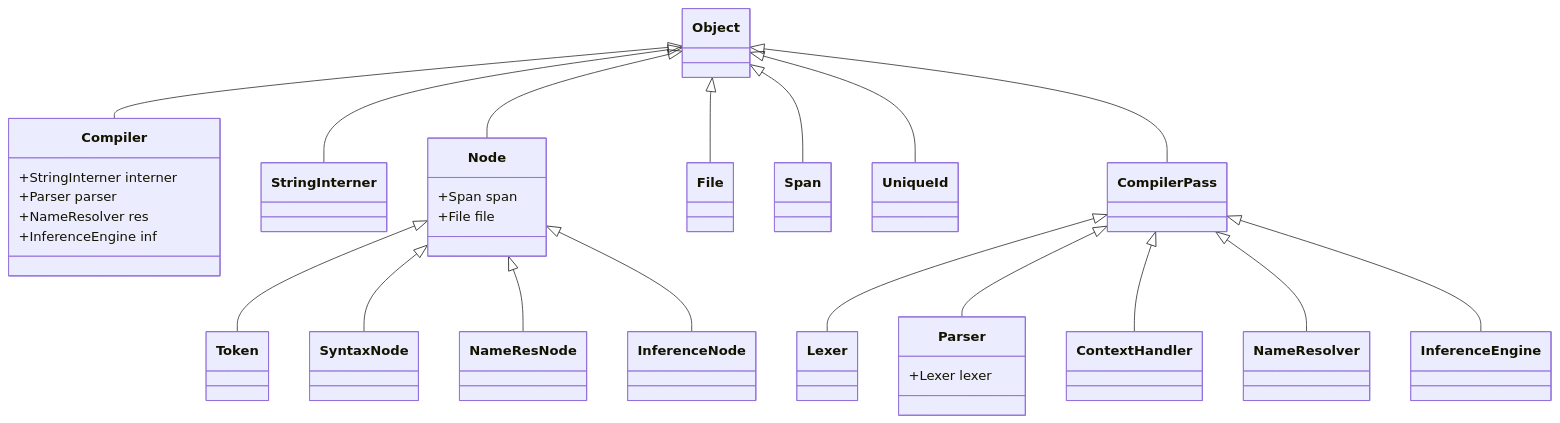
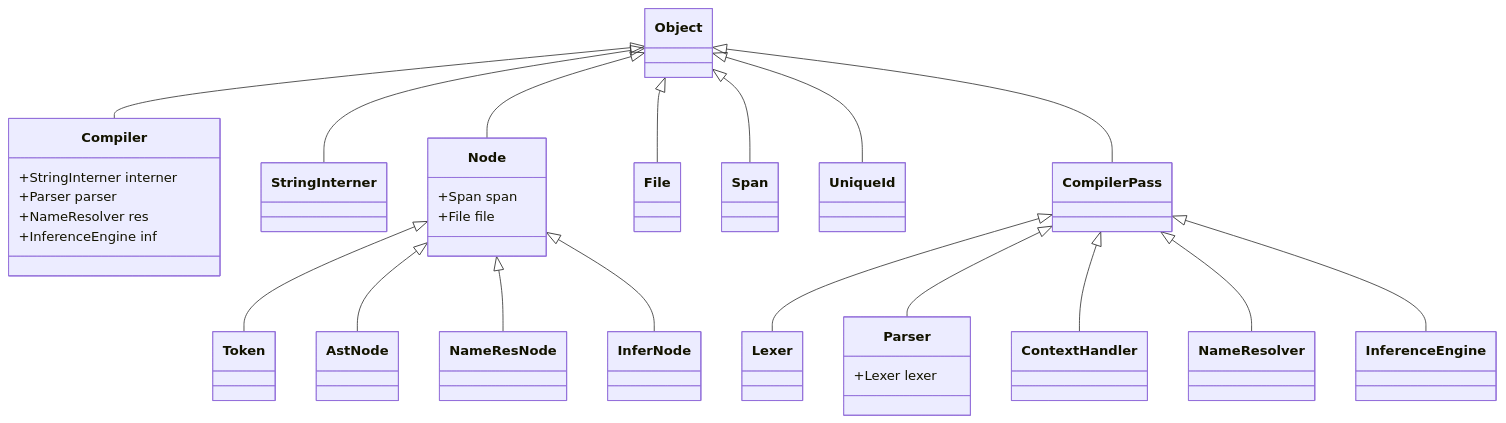
The diagram in objectGraph.md (mcdearman/miniml), drawn with Mermaid before and after one commit. The commit also changed 71 other files, not shown here.

````diff
--- a/objectGraph.md
+++ b/objectGraph.md
@@ -1,28 +1,28 @@
 ```mermaid
 classDiagram
     Compiler : +StringInterner interner
     Compiler : +Parser parser
     Compiler : +NameResolver res
     Compiler : +InferenceEngine inf
     Object <|-- Compiler
     Object <|-- StringInterner
     Object <|-- Node
     Object <|-- File
     Object <|-- Span
     Object <|-- UniqueId
     Object <|-- CompilerPass
 
     CompilerPass <|-- Lexer
     CompilerPass <|-- Parser
     Parser : +Lexer lexer
     CompilerPass <|-- ContextHandler
     CompilerPass <|-- NameResolver
     CompilerPass <|-- InferenceEngine
 
     Node : +Span span
     Node : +File file
     Node <|-- Token
-    Node <|-- SyntaxNode
+    Node <|-- AstNode
     Node <|-- NameResNode
-    Node <|-- InferenceNode
+    Node <|-- InferNode
 ```
````
